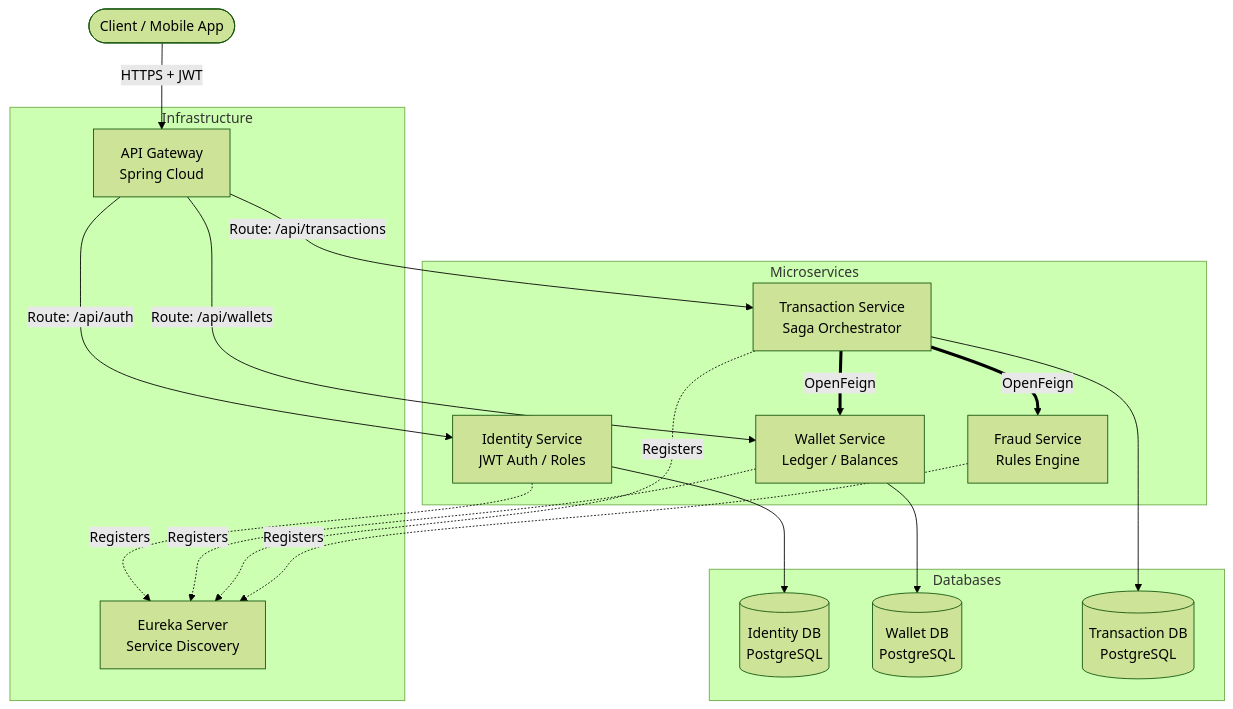
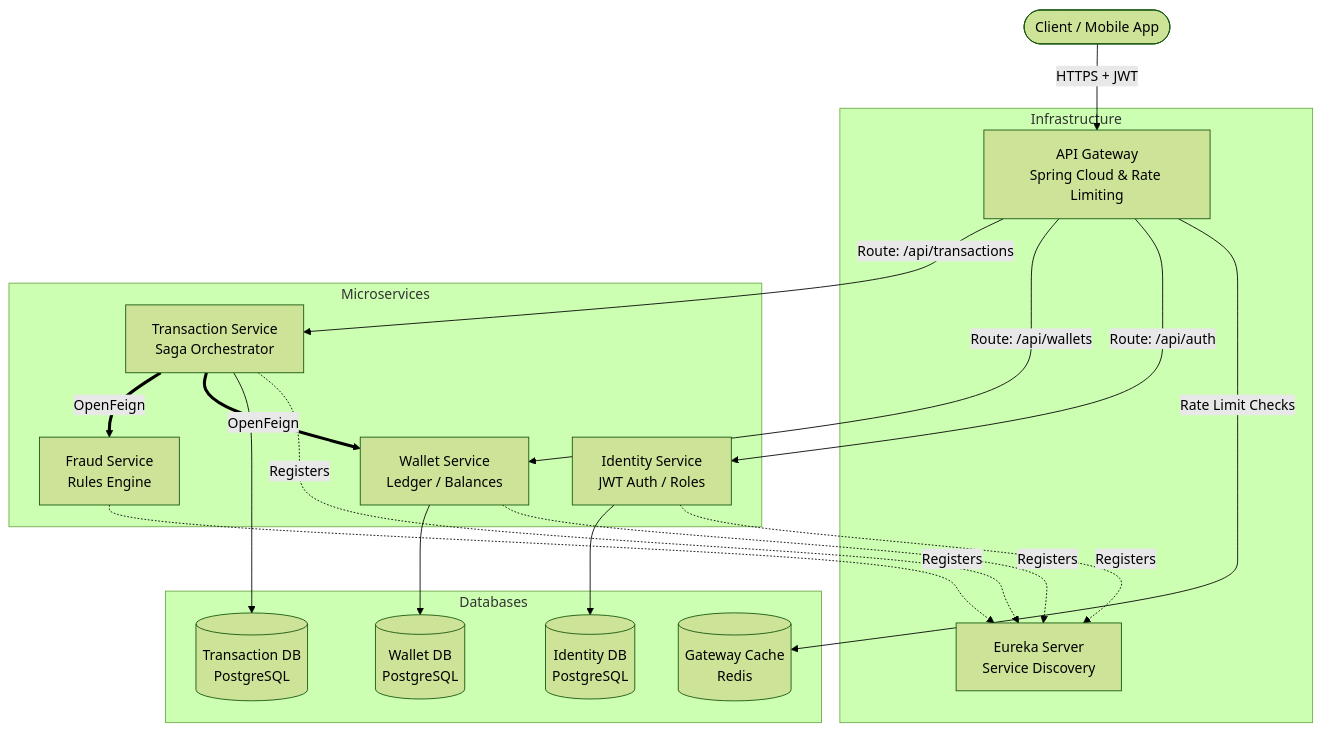
Before and after one commit to mohamedRamadan2010/Digital-Wallet: the diagram in docs/High-Level System Architecture.md, drawn with Mermaid (forest theme). The commit also changed 1 other file, not shown here.

Commit message:
docs: Update README and architecture diagram for Redis Rate Limiting

````diff
--- a/docs/High-Level System Architecture.md
+++ b/docs/High-Level System Architecture.md
@@ -1,44 +1,46 @@
 ```mermaid
 flowchart TD
     Client([Client / Mobile App])
     
     subgraph Infrastructure
-        Gateway[API Gateway<br/>Spring Cloud]
+        Gateway[API Gateway<br/>Spring Cloud & Rate Limiting]
         Registry[Eureka Server<br/>Service Discovery]
     end
     
     subgraph Microservices
         Identity[Identity Service<br/>JWT Auth / Roles]
         Wallet[Wallet Service<br/>Ledger / Balances]
         Transaction[Transaction Service<br/>Saga Orchestrator]
         Fraud[Fraud Service<br/>Rules Engine]
     end
     
     subgraph Databases
         DB_Id[(Identity DB<br/>PostgreSQL)]
         DB_Wal[(Wallet DB<br/>PostgreSQL)]
         DB_Tx[(Transaction DB<br/>PostgreSQL)]
+        DB_Redis[(Gateway Cache<br/>Redis)]
     end
     
     %% Traffic Routing
     Client -->|HTTPS + JWT| Gateway
+    Gateway -->|Rate Limit Checks| DB_Redis
     Gateway -->|Route: /api/auth| Identity
     Gateway -->|Route: /api/wallets| Wallet
     Gateway -->|Route: /api/transactions| Transaction
     
     %% Service Discovery Registration
     Identity -.->|Registers| Registry
     Wallet -.->|Registers| Registry
     Transaction -.->|Registers| Registry
     Fraud -.->|Registers| Registry
     
     %% Database Connections
     Identity --> DB_Id
     Wallet --> DB_Wal
     Transaction --> DB_Tx
     
     %% Synchronous Inter-service Communication
     Transaction ==>|OpenFeign| Wallet
     Transaction ==>|OpenFeign| Fraud
 
 ```
````
